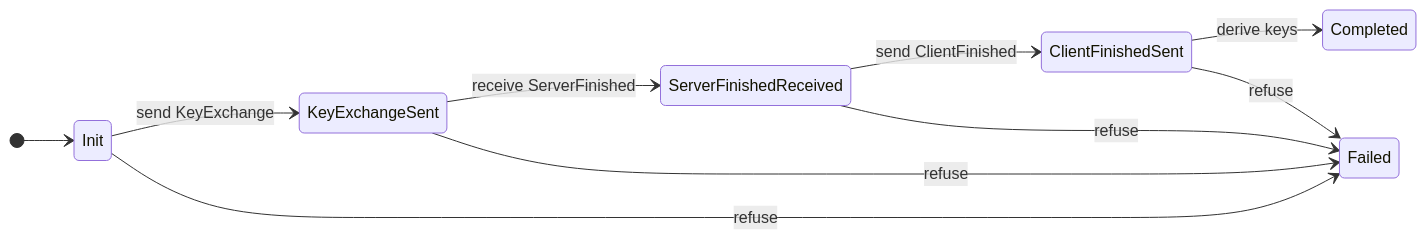
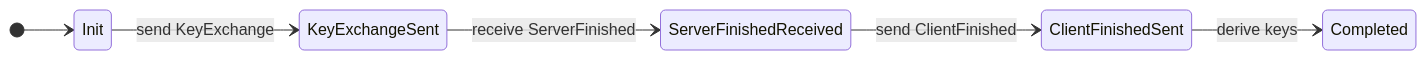
One commit to wahidgroup/tightbeam changed the fifth of 7 diagrams in docs/handshake.md. Above: the diagram before and after it, drawn with Mermaid. The commit also changed other lines of this file and 45 other files, not shown here.

````diff
--- a/docs/handshake.md
+++ b/docs/handshake.md
@@ -139,13 +137,9 @@
 ```mermaid
 stateDiagram-v2
     direction LR
     [*] --> Init
     Init --> KeyExchangeSent: send KeyExchange
     KeyExchangeSent --> ServerFinishedReceived: receive ServerFinished
     ServerFinishedReceived --> ClientFinishedSent: send ClientFinished
     ClientFinishedSent --> Completed: derive keys
-    Init --> Failed: refuse
-    KeyExchangeSent --> Failed: refuse
-    ServerFinishedReceived --> Failed: refuse
-    ClientFinishedSent --> Failed: refuse
 ```
````
